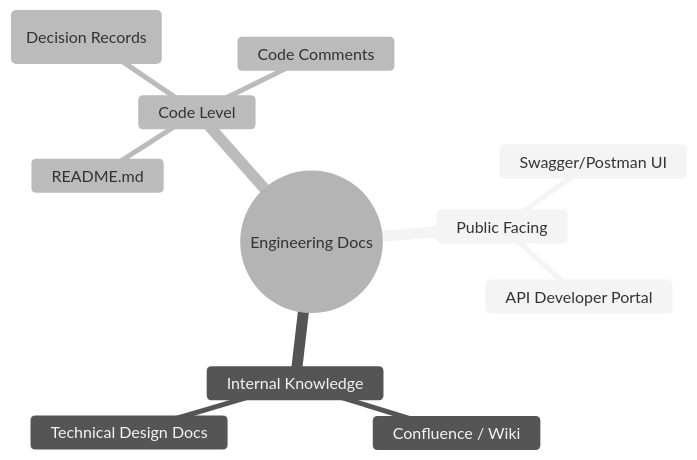
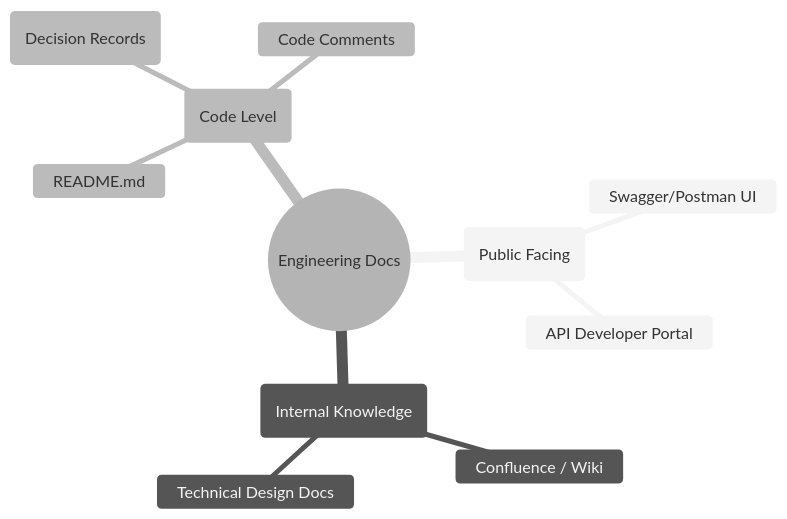
The first of 2 diagrams in DOCUMENTATION_TYPES.md (alvianzf/introduction-to-nest), drawn with Mermaid (neutral theme) before and after one commit.

Commit message:
docs: improve mermaid mindmap visibility

````diff
--- a/DOCUMENTATION_TYPES.md
+++ b/DOCUMENTATION_TYPES.md
@@ -27,14 +27,14 @@
 ```mermaid
 mindmap
   root((Engineering Docs))
-    Public Facing
+    (Public Facing)
       Swagger/Postman UI
       API Developer Portal
-    Internal Knowledge
+    (Internal Knowledge)
       Confluence / Wiki
       Technical Design Docs
-    Code Level
+    (Code Level)
       README.md
       ADRs (Decision Records)
       Code Comments
 ```
````
